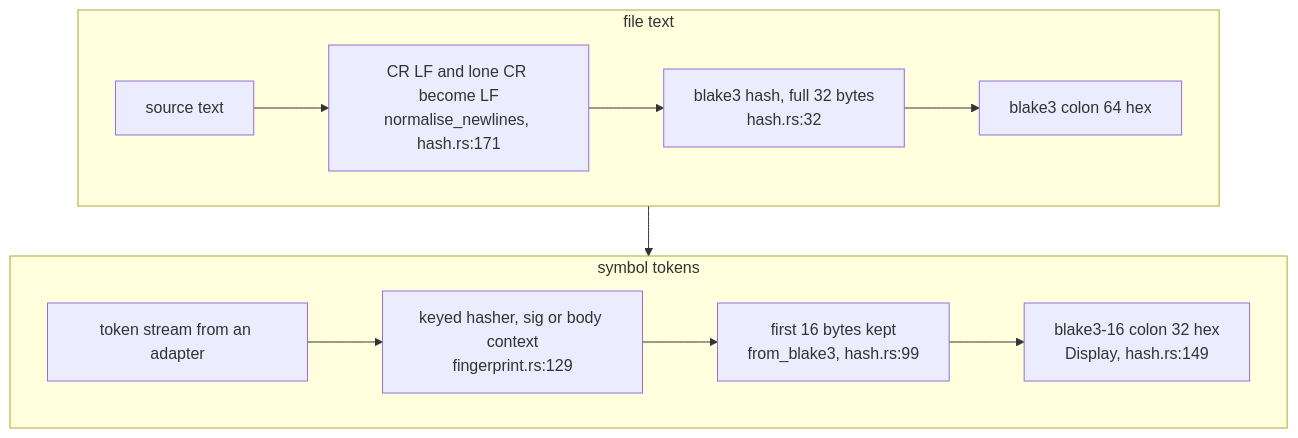
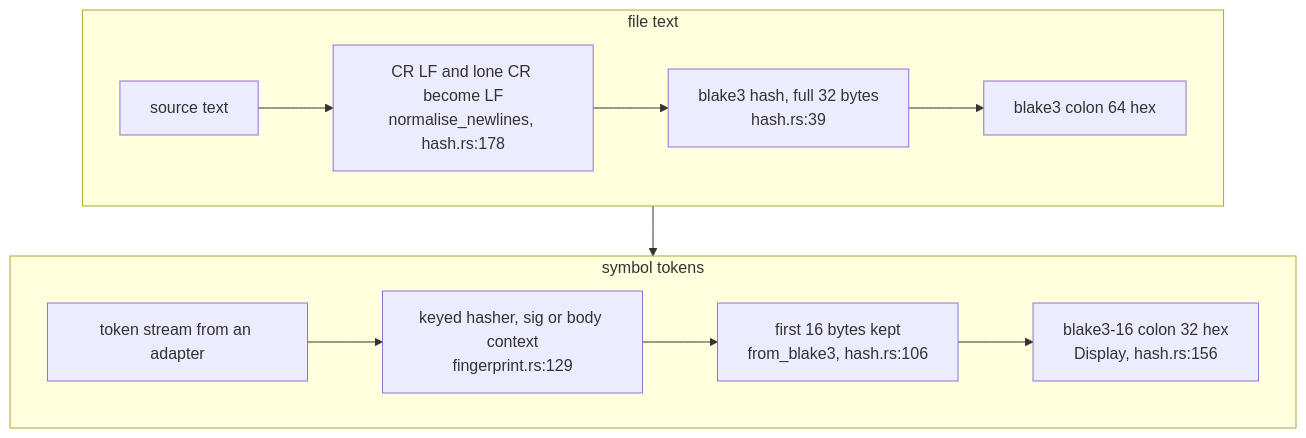
Before and after one commit to DreamLab-AI/VisionFlow: the second of 5 diagrams in docs/diagrams/sealmap/02-content-hashes-and-fingerprints.md, drawn with Mermaid. The commit also changed other lines of this file and 59 other files, not shown here.

First line of the commit message:
docs(diagrams): re-derive and re-stamp forum, website, pod, ontomark and sealmap topics

````diff
--- a/docs/diagrams/sealmap/02-content-hashes-and-fingerprints.md
+++ b/docs/diagrams/sealmap/02-content-hashes-and-fingerprints.md
@@ -104,18 +104,18 @@
 ```mermaid
 flowchart TB
     subgraph FILE["file text"]
         T["source text"]
-        NL["CR LF and lone CR become LF<br/>normalise_newlines, hash.rs:171"]
-        B3["blake3 hash, full 32 bytes<br/>hash.rs:32"]
+        NL["CR LF and lone CR become LF<br/>normalise_newlines, hash.rs:178"]
+        B3["blake3 hash, full 32 bytes<br/>hash.rs:39"]
         CH["blake3 colon 64 hex"]
         T --> NL --> B3 --> CH
     end
     subgraph SYM["symbol tokens"]
         TK["token stream from an adapter"]
         KD["keyed hasher, sig or body context<br/>fingerprint.rs:129"]
-        TR["first 16 bytes kept<br/>from_blake3, hash.rs:99"]
-        FP["blake3-16 colon 32 hex<br/>Display, hash.rs:149"]
+        TR["first 16 bytes kept<br/>from_blake3, hash.rs:106"]
+        FP["blake3-16 colon 32 hex<br/>Display, hash.rs:156"]
         TK --> KD --> TR --> FP
     end
     FILE --> SYM
 ```
````
